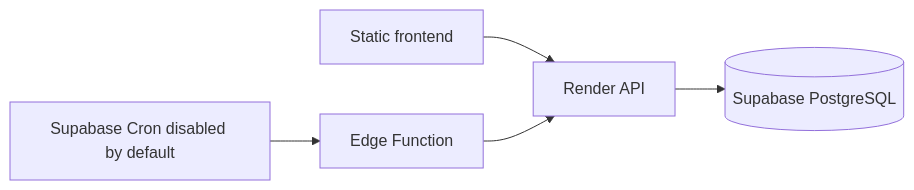
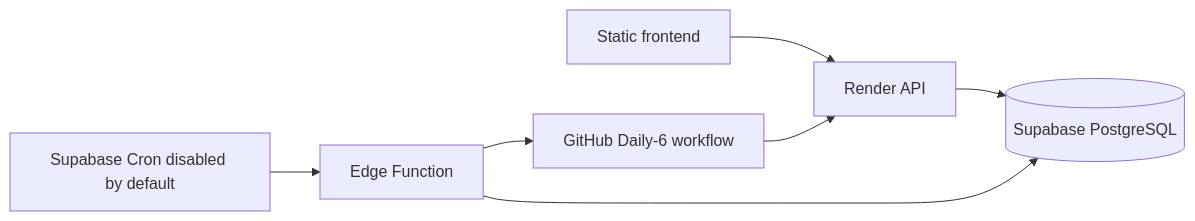
Before and after one commit to brunoferreirasalustiano/lead-finder-sem-site: the diagram in docs/infrastructure/supabase-render-plan-b.md, drawn with Mermaid. The commit also changed other lines of this file and 14 other files, not shown here.

Commit message:
feat(scheduler): add inactive Supabase Daily-6 dispatcher

````diff
--- a/docs/infrastructure/supabase-render-plan-b.md
+++ b/docs/infrastructure/supabase-render-plan-b.md
@@ -5,6 +5,9 @@
 ```mermaid
 flowchart LR
   S[Static frontend] --> R[Render API]
-  C[Supabase Cron disabled by default] --> E[Edge Function] --> R
+  C[Supabase Cron disabled by default] --> E[Edge Function]
+  E --> G[GitHub Daily-6 workflow]
+  G --> R
   R --> P[(Supabase PostgreSQL)]
+  E --> P
 ```
````
